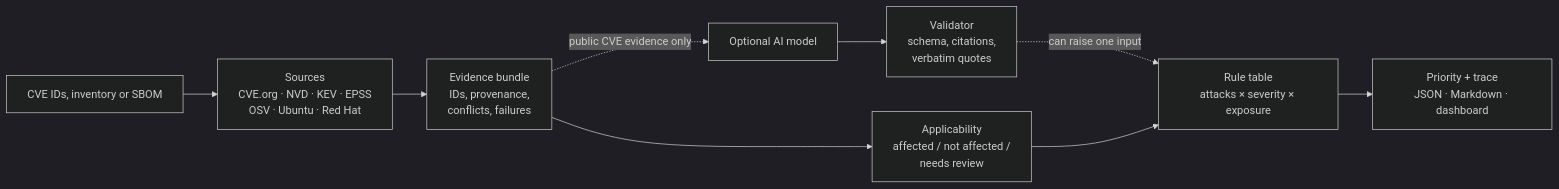
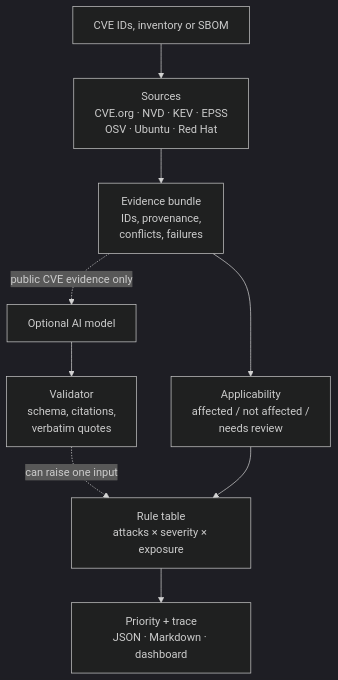
The diagram in README.md (Be-zerk/cveprio), drawn with Mermaid (dark theme) before and after one commit. The commit also changed other lines of this file and 17 other files, not shown here.

````diff
--- a/README.md
+++ b/README.md
@@ -73,11 +76,11 @@
 ```mermaid
-flowchart LR
+flowchart TD
   A[CVE IDs, inventory or SBOM] --> B[Sources<br/>CVE.org · NVD · KEV · EPSS<br/>OSV · Ubuntu · Red Hat]
   B --> C[Evidence bundle<br/>IDs, provenance,<br/>conflicts, failures]
   C --> D[Applicability<br/>affected / not affected /<br/>needs review]
   C -. public CVE evidence only .-> M[Optional AI model]
   M --> V[Validator<br/>schema, citations,<br/>verbatim quotes]
   V -. can raise one input .-> R
   D --> R[Rule table<br/>attacks × severity × exposure]
   R --> O[Priority + trace<br/>JSON · Markdown · dashboard]
 ```
````
